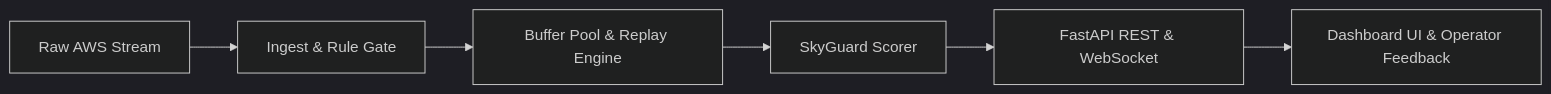
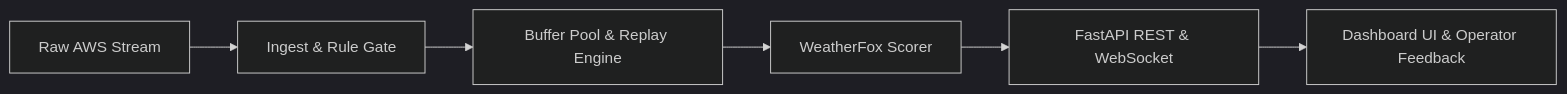
One commit to muthukkumaranb/WeatherFox changed the diagram in README.md. Above: the diagram before and after it, drawn with Mermaid (dark theme). The commit also changed other lines of this file and 31 other files, not shown here.

````diff
--- a/README.md
+++ b/README.md
@@ -6,8 +6,8 @@
 ```mermaid
 flowchart LR
     A[Raw AWS Stream] --> B[Ingest & Rule Gate]
     B --> C[Buffer Pool & Replay Engine]
-    C --> D[SkyGuard Scorer]
+    C --> D[WeatherFox Scorer]
     D --> E[FastAPI REST & WebSocket]
     E --> F[Dashboard UI & Operator Feedback]
 ```
````
